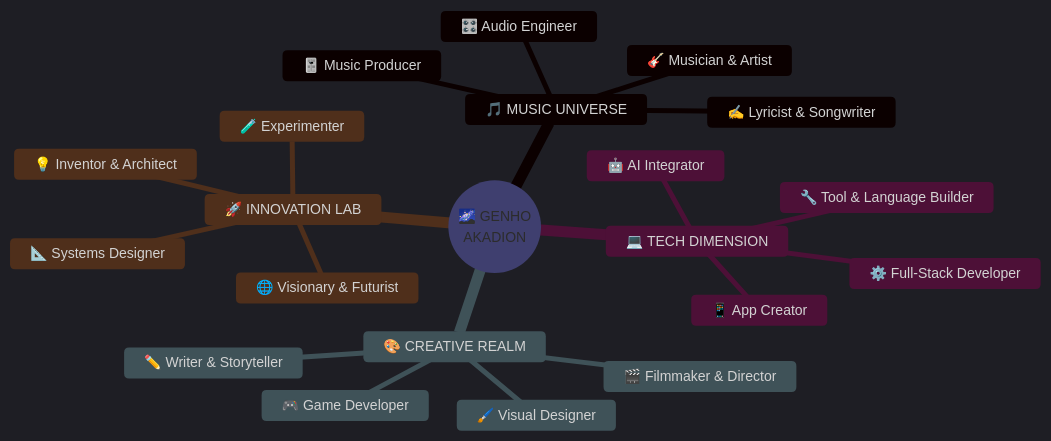
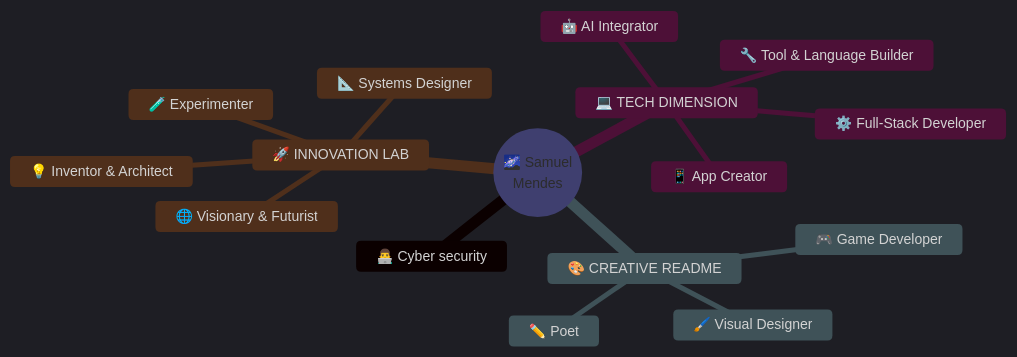
Before and after one commit to Samuelllks/Samuelllks: the diagram in README.md, drawn with Mermaid.

````diff
--- a/README.md
+++ b/README.md
@@ -246,25 +246,20 @@
   ```mermaid
 %%{init: {'theme':'dark','themeVariables':{'primaryColor':'#00f7f7','primaryTextColor':'#ffffff','primaryBorderColor':'#00f7f7','lineColor':'#58a6ff','secondaryColor':'#1a1a2e','tertiaryColor':'#16213e','fontSize':'14px'}}}%%
 mindmap
-  root((🌌 GENHO<br/>AKADION))
-    🎵 MUSIC UNIVERSE
-      🎸 Musician & Artist
-      ✍️ Lyricist & Songwriter
-      🎛️ Audio Engineer
-      🎚️ Music Producer
+  root((🌌 Samuel<br/>Mendes))
+      👨‍💻 Cyber security 
     💻 TECH DIMENSION
       ⚙️ Full-Stack Developer
       🔧 Tool & Language Builder
       🤖 AI Integrator
       📱 App Creator
-    🎨 CREATIVE REALM
-      🎬 Filmmaker & Director
+    🎨 CREATIVE README
       🖌️ Visual Designer
-      ✏️ Writer & Storyteller
+      ✏️ Poet
       🎮 Game Developer
     🚀 INNOVATION LAB
       💡 Inventor & Architect
       🌐 Visionary & Futurist
       🧪 Experimenter
       📐 Systems Designer
 ```
````
